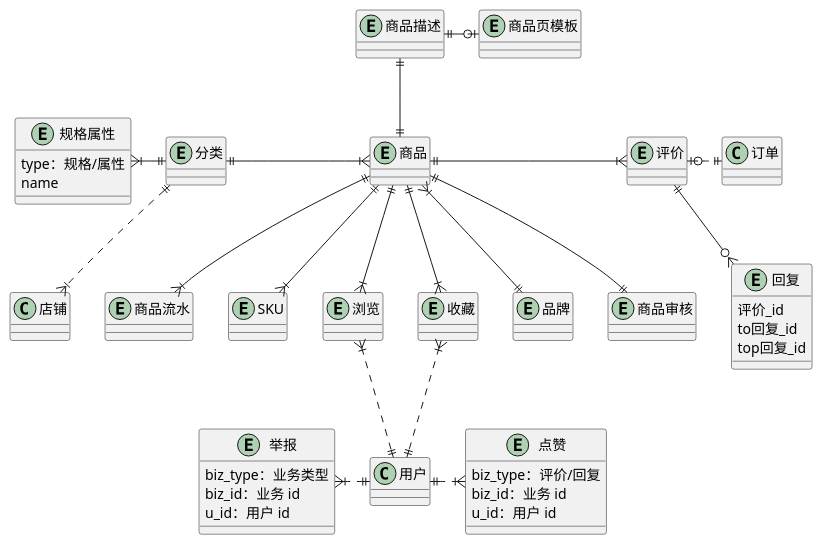
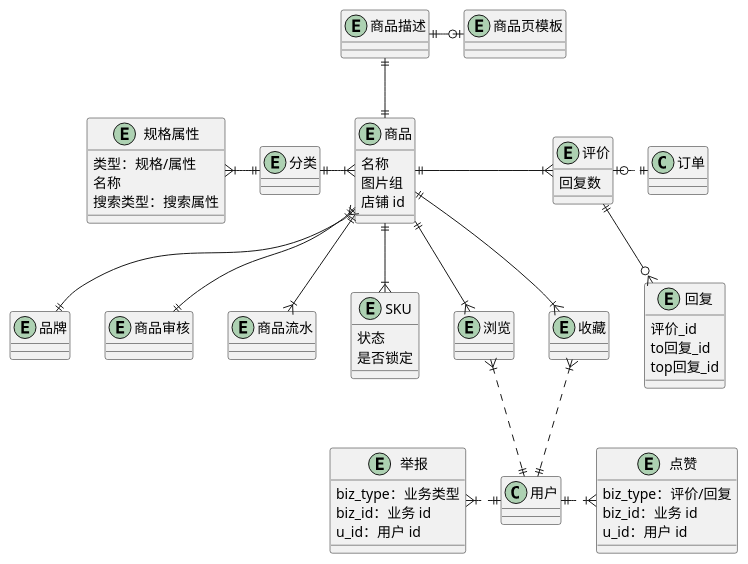
One commit to awesomecat2020/mock-mall changed the diagram in 商品.wsd. Above: the diagram before and after it, drawn with PlantUML. The commit also changed 3 other files, not shown here.

```diff
--- a/商品.wsd
+++ b/商品.wsd
@@ -1,79 +1,83 @@
 @startuml
 
 entity 商品 {
+    名称
+    图片组
+    店铺 id
 
 }
 entity 分类 {
     
 }
 entity 规格属性 {
-    type：规格/属性
-    name
+    类型：规格/属性
+    名称
+    搜索类型：搜索属性
 }
 entity 品牌 {
 
 }
 entity 商品审核 {
 
 }
 entity 商品流水 {
 
 }
 entity 商品描述 {
 
 }
 entity 商品页模板 {
 
 }
 entity 评价 {
-
+    回复数
 }
 entity 回复 {
     评价_id
     to回复_id
     top回复_id
 }
 entity 点赞 {
     biz_type：评价/回复
     biz_id：业务 id
     u_id：用户 id
 }
 entity 举报 {
     biz_type：业务类型
     biz_id：业务 id
     u_id：用户 id
 }
 entity SKU {
-
+    状态
+    是否锁定
 }
 entity 浏览 {
 
 }
 entity 收藏 {
 
 }
 
 商品 }|-l-|| 分类
-分类 ||..|{ 店铺
 分类 ||-l-|{ 规格属性
 商品 }|--|| 品牌
 商品 ||--|| 商品审核
 商品 ||--|{ 商品流水
 商品 ||-u-|| 商品描述
 商品描述 ||-o| 商品页模板
 商品 ||--|{ SKU
 
 商品 ||-|{ 评价
 评价 |o.|| 订单
 评价 ||--o{ 回复
 点赞 }|.l.|| 用户
 举报 }|.|| 用户
 
+' 用户
 商品 ||--|{ 浏览
 浏览 }|..|| 用户
-
 商品 ||--|{ 收藏
 收藏 }|..|| 用户
 
 
 @enduml
```
